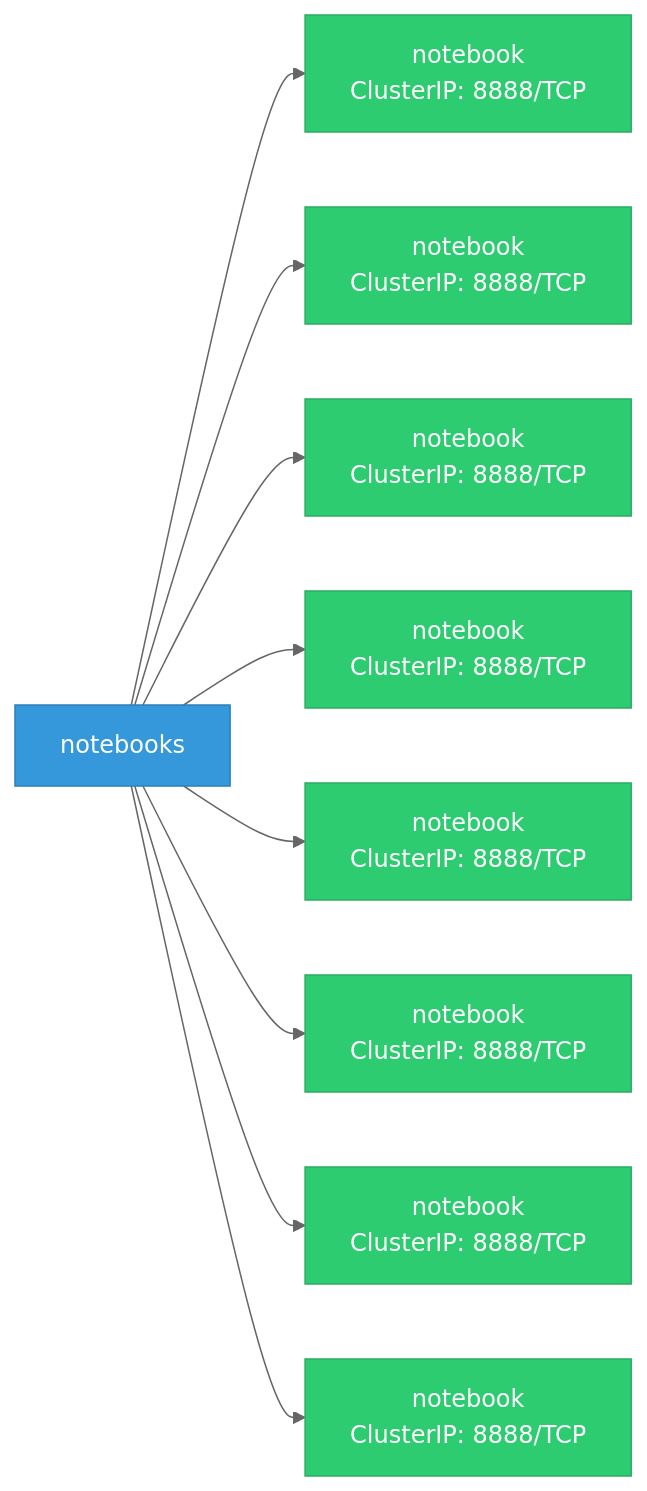
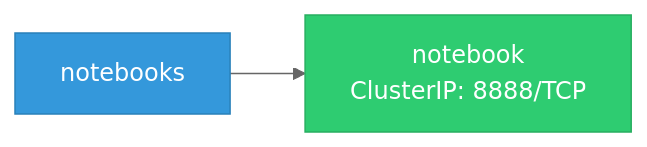
One commit to ugiordan/architecture-analyzer changed the diagram in site/docs/rhoai-platform/components/notebooks/network.md. Above: the diagram before and after it, drawn with Mermaid (neutral theme). The commit also changed other lines of this file and 22 other files, not shown here.

````diff
--- a/site/docs/rhoai-platform/components/notebooks/network.md
+++ b/site/docs/rhoai-platform/components/notebooks/network.md
@@ -5,15 +7,9 @@
 ```mermaid
 graph LR
     classDef svc fill:#2ecc71,stroke:#27ae60,color:#fff
+    classDef test fill:#95a5a6,stroke:#7f8c8d,color:#fff
     classDef component fill:#3498db,stroke:#2980b9,color:#fff
 
     notebooks["notebooks"]:::component
     notebooks --> svc_0["notebook\nClusterIP: 8888/TCP"]:::svc
-    notebooks --> svc_1["notebook\nClusterIP: 8888/TCP"]:::svc
-    notebooks --> svc_2["notebook\nClusterIP: 8888/TCP"]:::svc
-    notebooks --> svc_3["notebook\nClusterIP: 8888/TCP"]:::svc
-    notebooks --> svc_4["notebook\nClusterIP: 8888/TCP"]:::svc
-    notebooks --> svc_5["notebook\nClusterIP: 8888/TCP"]:::svc
-    notebooks --> svc_6["notebook\nClusterIP: 8888/TCP"]:::svc
-    notebooks --> svc_7["notebook\nClusterIP: 8888/TCP"]:::svc
 ```
````
